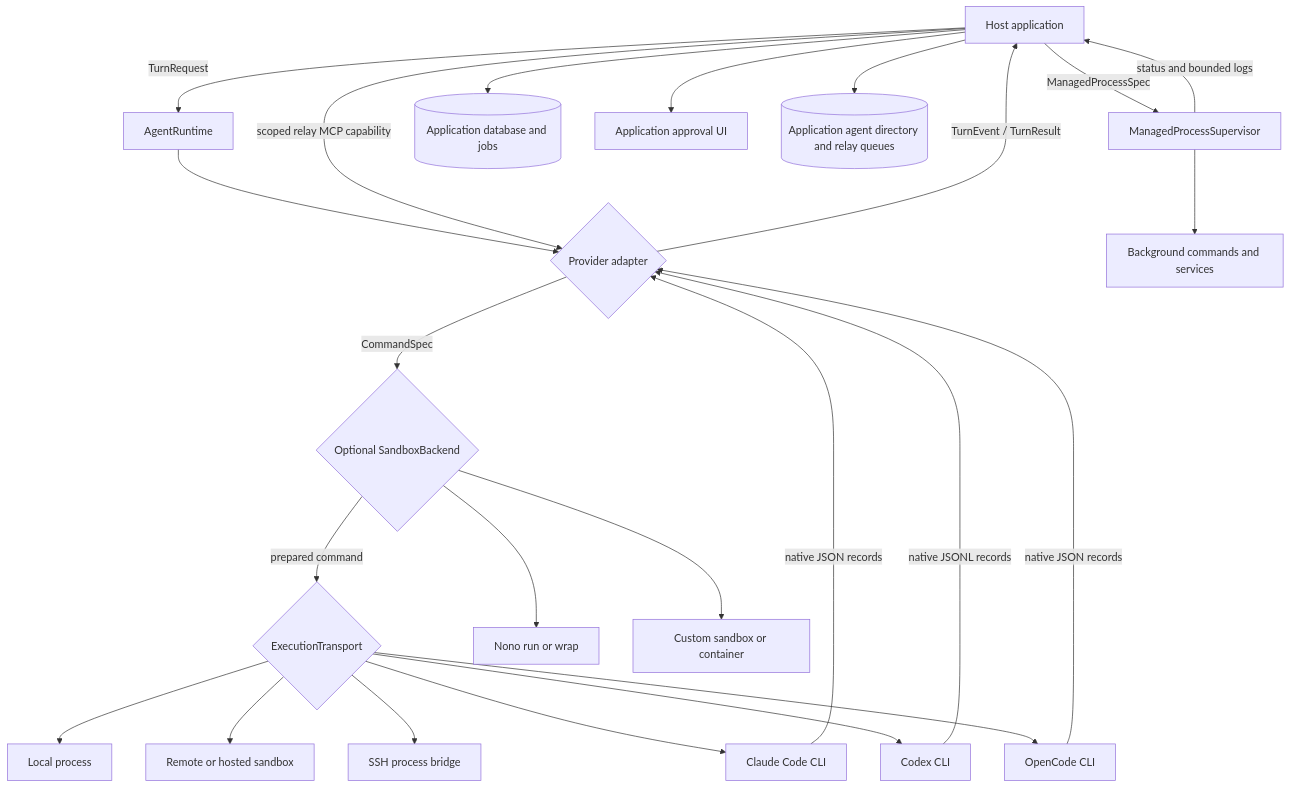
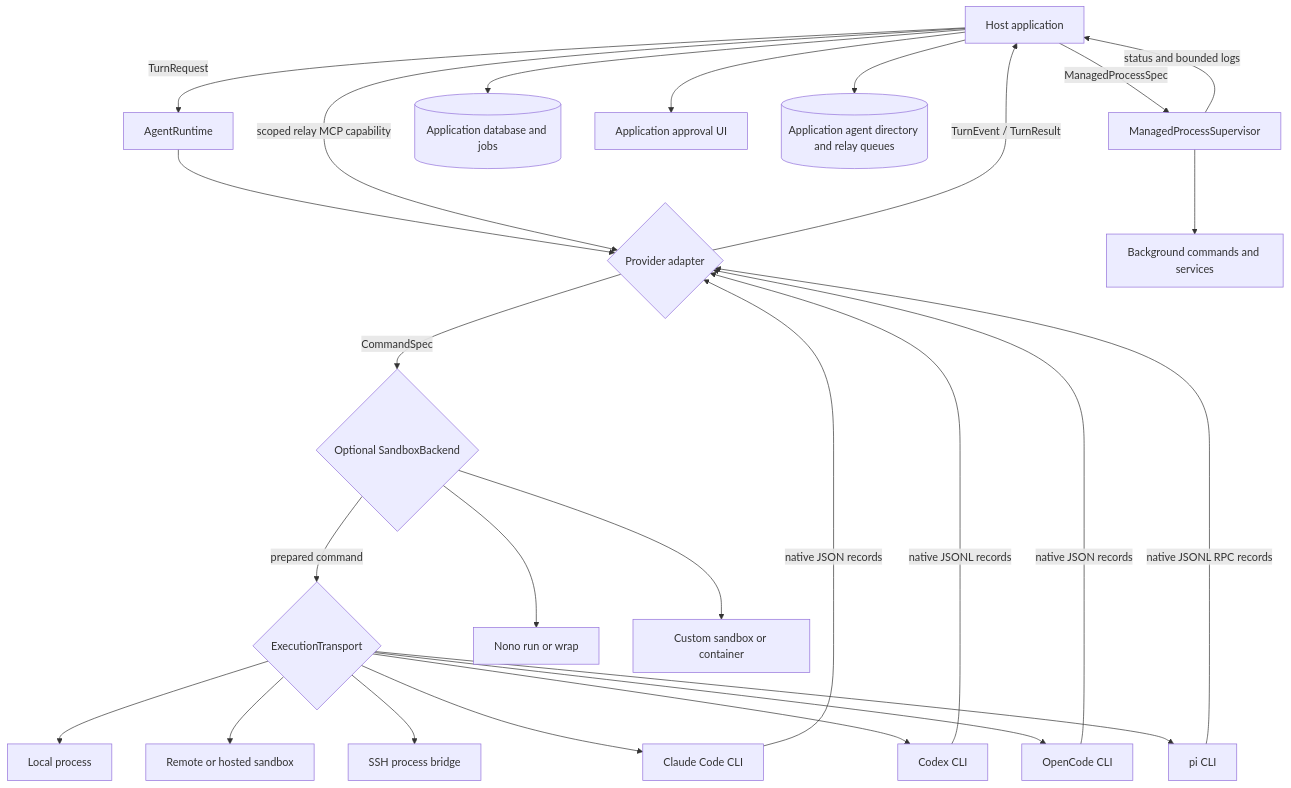
One commit to gotempsh/agent-runtime-sdk changed the diagram in docs/explanation/architecture.md. Above: the diagram before and after it, drawn with Mermaid. The commit also changed other lines of this file and 22 other files, not shown here.

````diff
--- a/docs/explanation/architecture.md
+++ b/docs/explanation/architecture.md
@@ -9,26 +9,28 @@
 ```mermaid
 flowchart TD
     A[Host application] -->|TurnRequest| R[AgentRuntime]
     R --> P{Provider adapter}
     P -->|CommandSpec| S{Optional SandboxBackend}
     S -->|prepared command| T{ExecutionTransport}
     T --> L[Local process]
     T --> V[Remote or hosted sandbox]
     T --> H[SSH process bridge]
     T --> C[Claude Code CLI]
     T --> X[Codex CLI]
     T --> O[OpenCode CLI]
+    T --> I[pi CLI]
     S --> N[Nono run or wrap]
     S --> Z[Custom sandbox or container]
     C -->|native JSON records| P
     X -->|native JSONL records| P
     O -->|native JSON records| P
+    I -->|native JSONL RPC records| P
     P -->|TurnEvent / TurnResult| A
     A -->|ManagedProcessSpec| M[ManagedProcessSupervisor]
     M -->|status and bounded logs| A
     M --> B[Background commands and services]
     A --> D[(Application database and jobs)]
     A --> U[Application approval UI]
     A --> Q[(Application agent directory and relay queues)]
     A -->|scoped relay MCP capability| P
 ```
````
